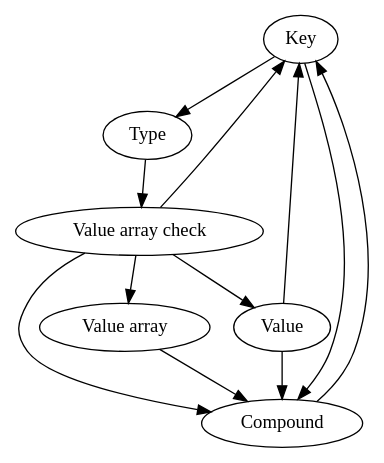
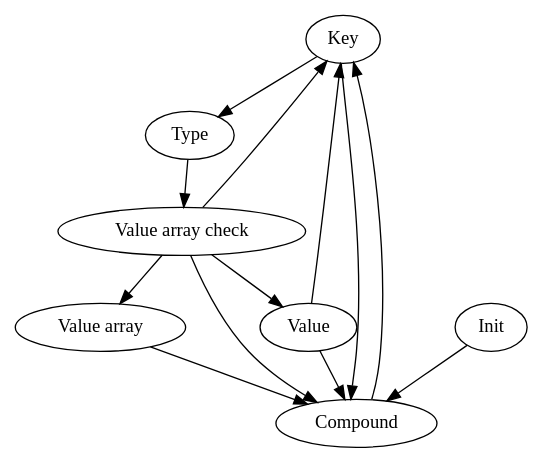
The diagram in temple.dot (milasudril/temple), drawn with Graphviz before and after one commit. The commit also changed 4 other files, not shown here.

```diff
--- a/temple.dot
+++ b/temple.dot
@@ -1,14 +1,15 @@
 digraph "G"
 	{
 	Key -> Type
 	Key -> Compound
 	Type-> "Value array check"
 	"Value array check" -> "Value array"
 	"Value array check" -> Key
 	"Value array check" -> Compound
 	"Value array check" -> Value
 	Value -> Key
 	Value -> Compound
 	"Value array"-> Compound
 	Compound -> Key
+	Init -> Compound
 	}
```
